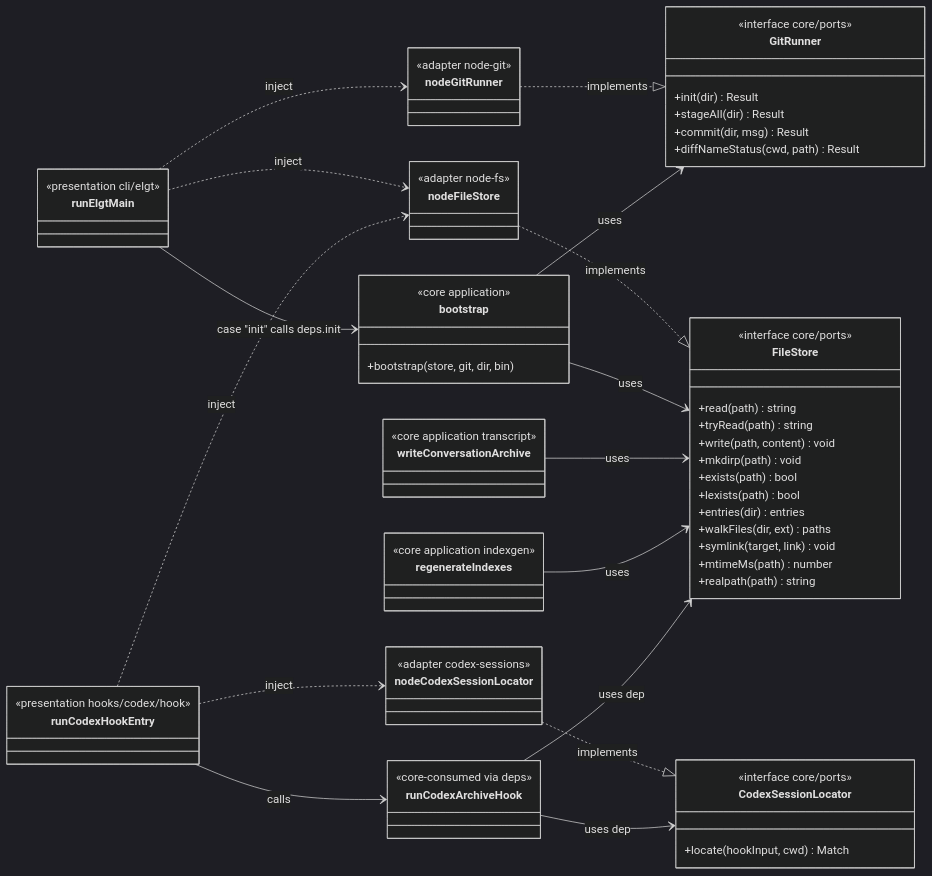
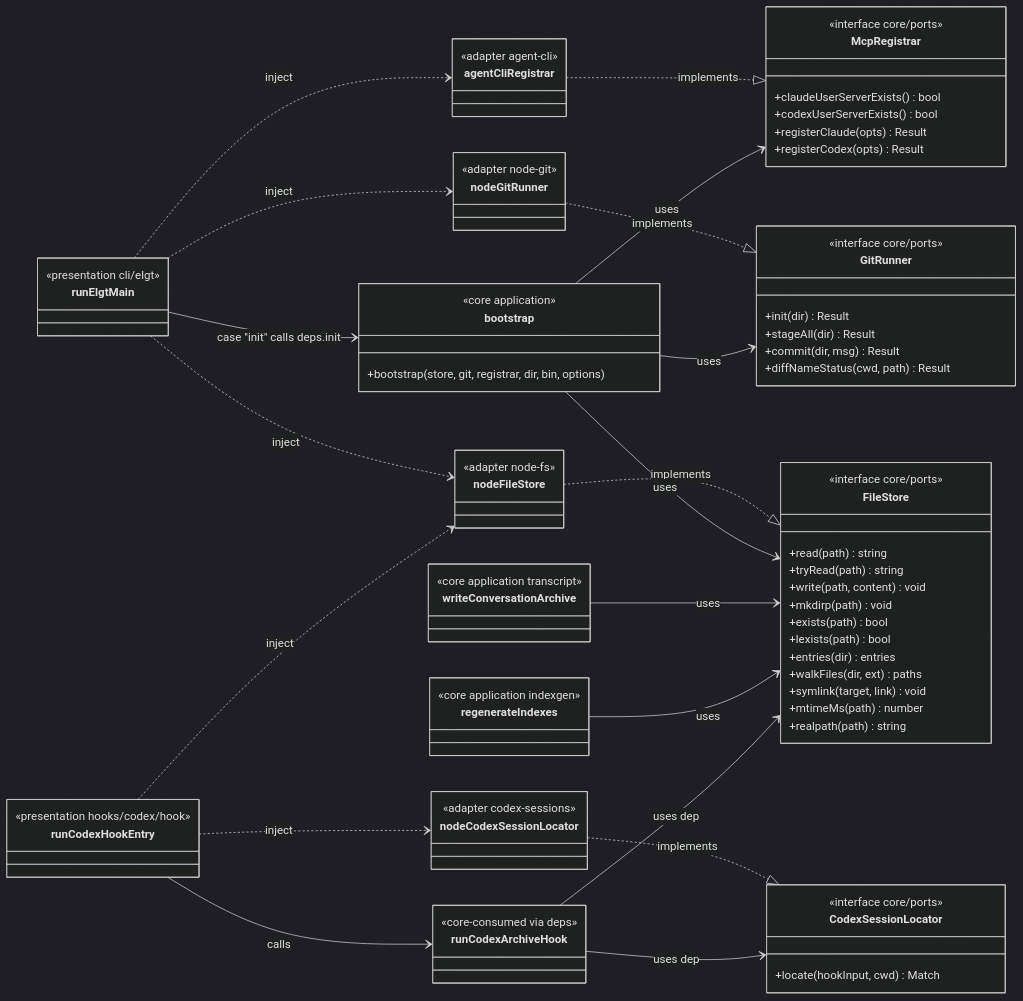
One commit to neokn/elegent changed the first of 4 diagrams in docs/architecture/uml.md. Above: the diagram before and after it, drawn with Mermaid (dark theme). The commit also changed other lines of this file and 24 other files, not shown here.

```diff
--- a/docs/architecture/uml.md
+++ b/docs/architecture/uml.md
@@ -40,6 +40,13 @@
         <<interface  core/ports>>
         +locate(hookInput, cwd) Match
     }
+    class McpRegistrar {
+        <<interface  core/ports>>
+        +claudeUserServerExists() bool
+        +codexUserServerExists() bool
+        +registerClaude(opts) Result
+        +registerCodex(opts) Result
+    }
 
     class nodeFileStore {
         <<adapter  node-fs>>
@@ -50,14 +57,18 @@
     class nodeCodexSessionLocator {
         <<adapter  codex-sessions>>
     }
+    class agentCliRegistrar {
+        <<adapter  agent-cli>>
+    }
 
     nodeFileStore ..|> FileStore : implements
     nodeGitRunner ..|> GitRunner : implements
     nodeCodexSessionLocator ..|> CodexSessionLocator : implements
+    agentCliRegistrar ..|> McpRegistrar : implements
 
     class bootstrap {
         <<core application>>
-        +bootstrap(store, git, dir, bin)
+        +bootstrap(store, git, registrar, dir, bin, options)
     }
     class writeConversationArchive {
         <<core application  transcript>>
@@ -71,6 +82,7 @@
 
     bootstrap --> FileStore : uses
     bootstrap --> GitRunner : uses
+    bootstrap --> McpRegistrar : uses
     writeConversationArchive --> FileStore : uses
     regenerateIndexes --> FileStore : uses
     runCodexArchiveHook --> CodexSessionLocator : uses dep
@@ -86,6 +98,7 @@
     runElgtMain --> bootstrap : case "init" calls deps.init
     runElgtMain ..> nodeFileStore : inject
     runElgtMain ..> nodeGitRunner : inject
+    runElgtMain ..> agentCliRegistrar : inject
     runCodexHookEntry --> runCodexArchiveHook : calls
     runCodexHookEntry ..> nodeFileStore : inject
     runCodexHookEntry ..> nodeCodexSessionLocator : inject
```
